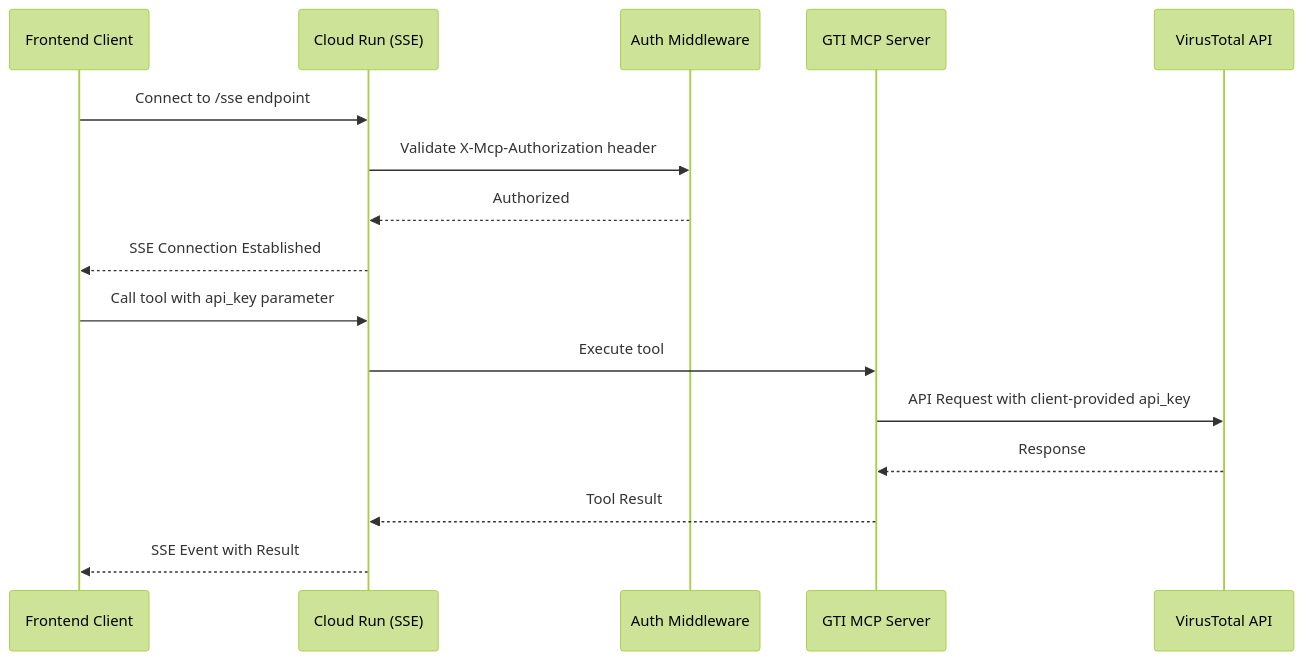
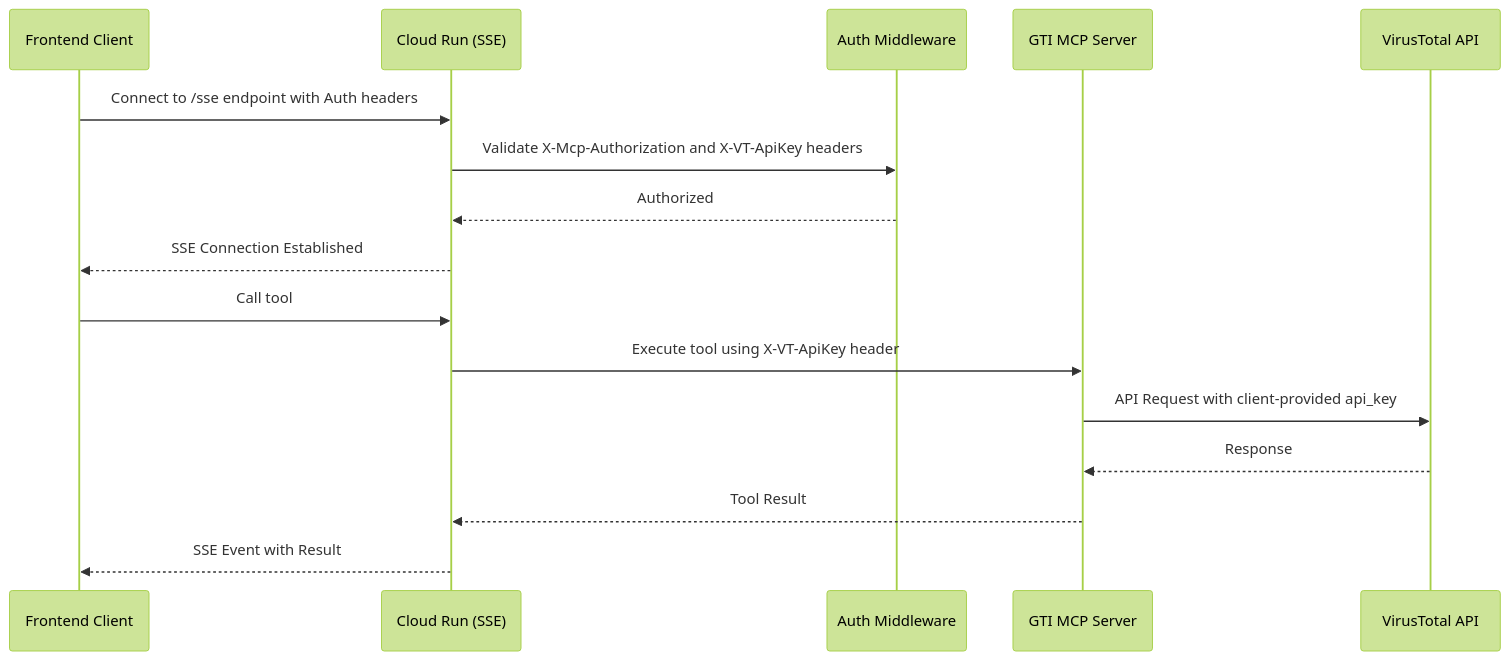
One commit to Doogle-99/gti-mcp-standalone changed the third of 3 diagrams in README.md. Above: the diagram before and after it, drawn with Mermaid (forest theme). The commit also changed 1 other file, not shown here.

Commit message:
Update Mermaid diagrams to show X-VT-ApiKey header usage

````diff
--- a/README.md
+++ b/README.md
@@ -84,20 +84,20 @@
 ```mermaid
 sequenceDiagram
     participant Frontend as Frontend Client
     participant CloudRun as Cloud Run (SSE)
     participant Auth as Auth Middleware
     participant Server as GTI MCP Server
     participant VT as VirusTotal API
 
-    Frontend->>CloudRun: Connect to /sse endpoint
-    CloudRun->>Auth: Validate X-Mcp-Authorization header
+    Frontend->>CloudRun: Connect to /sse endpoint with Auth headers
+    CloudRun->>Auth: Validate X-Mcp-Authorization and X-VT-ApiKey headers
     Auth-->>CloudRun: Authorized
     CloudRun-->>Frontend: SSE Connection Established
 
-    Frontend->>CloudRun: Call tool with api_key parameter
-    CloudRun->>Server: Execute tool
+    Frontend->>CloudRun: Call tool
+    CloudRun->>Server: Execute tool using X-VT-ApiKey header
     Server->>VT: API Request with client-provided api_key
     VT-->>Server: Response
     Server-->>CloudRun: Tool Result
     CloudRun-->>Frontend: SSE Event with Result
 ```
````
